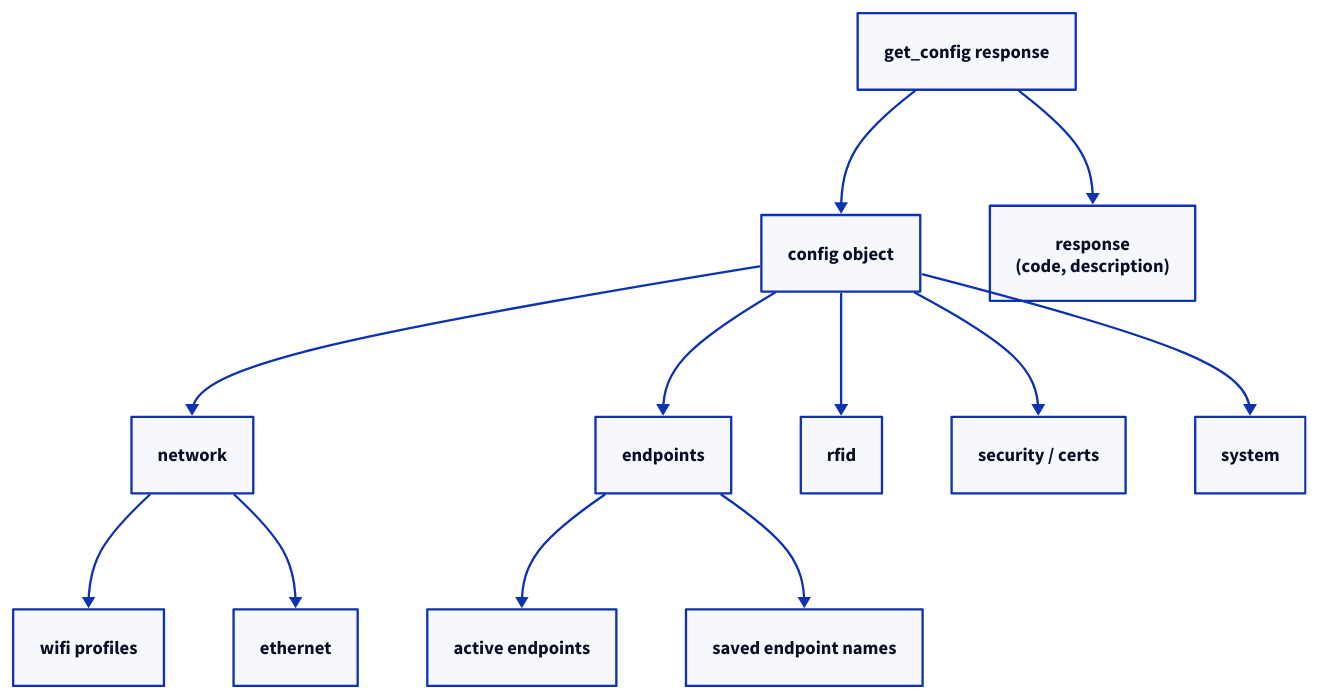
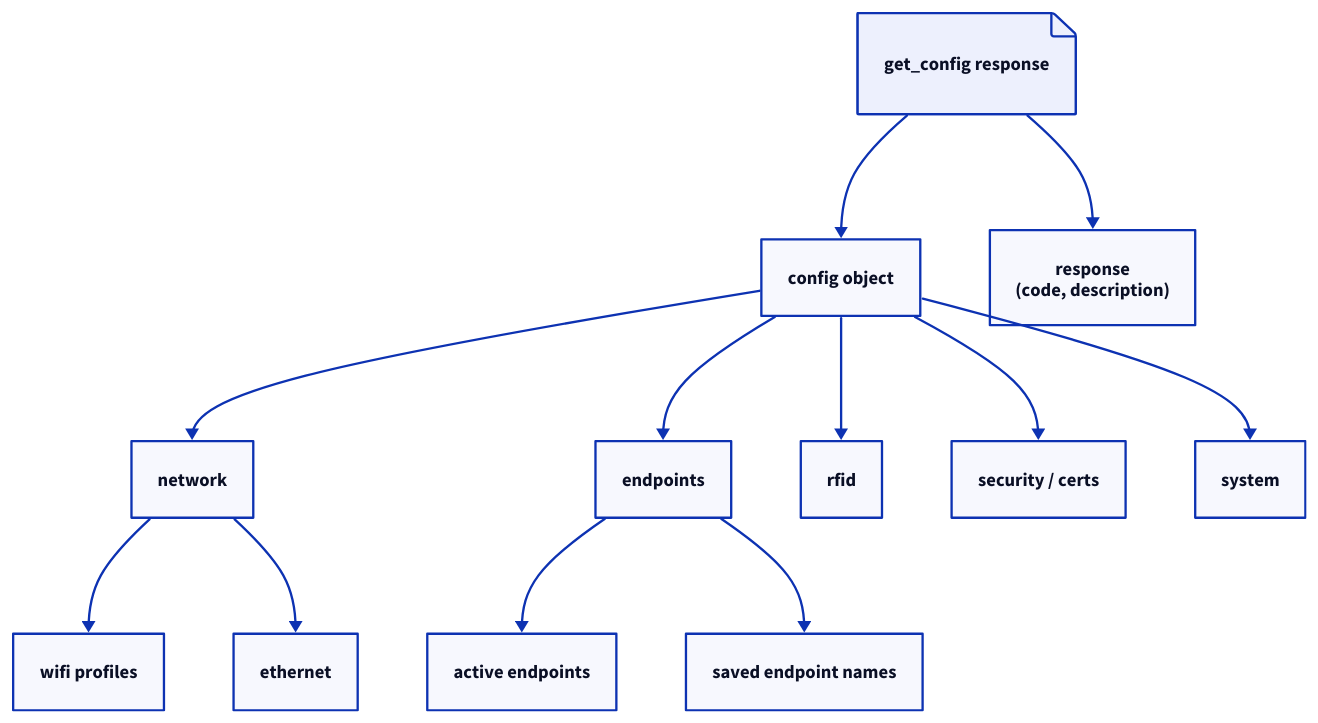
The diagram in docs/fleet/management/read-config.md (admiral-ai/zebra-handheld-rfid-iotc), drawn with D2 before and after one commit. The commit also changed 40 other files, not shown here.

First line of the commit message:
Redesign all 54 D2 diagrams to a unified visual system

````diff
--- a/docs/fleet/management/read-config.md
+++ b/docs/fleet/management/read-config.md
@@ -49,25 +49,26 @@
 ```d2
-GC: get_config response
+GC: "get_config response" { shape: page }
 C: config object
 RR: "response\n(code, description)"
 N: network
 E: endpoints
 RF: rfid
 SE: security / certs
 SY: system
 Nw: wifi profiles
 Ne: ethernet
 Em: active endpoints
 En: saved endpoint names
 GC -> C
 GC -> RR
 C -> N
 C -> E
 C -> RF
 C -> SE
 C -> SY
 N -> Nw
 N -> Ne
 E -> Em
 E -> En
+
 ```
````
